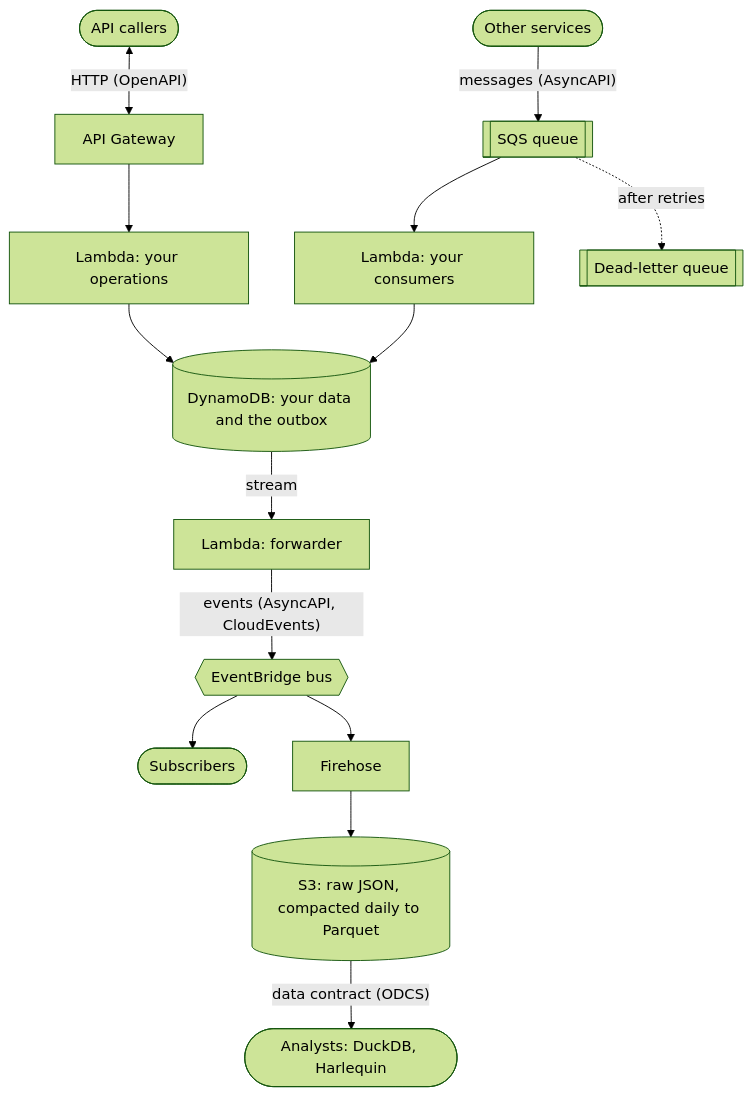
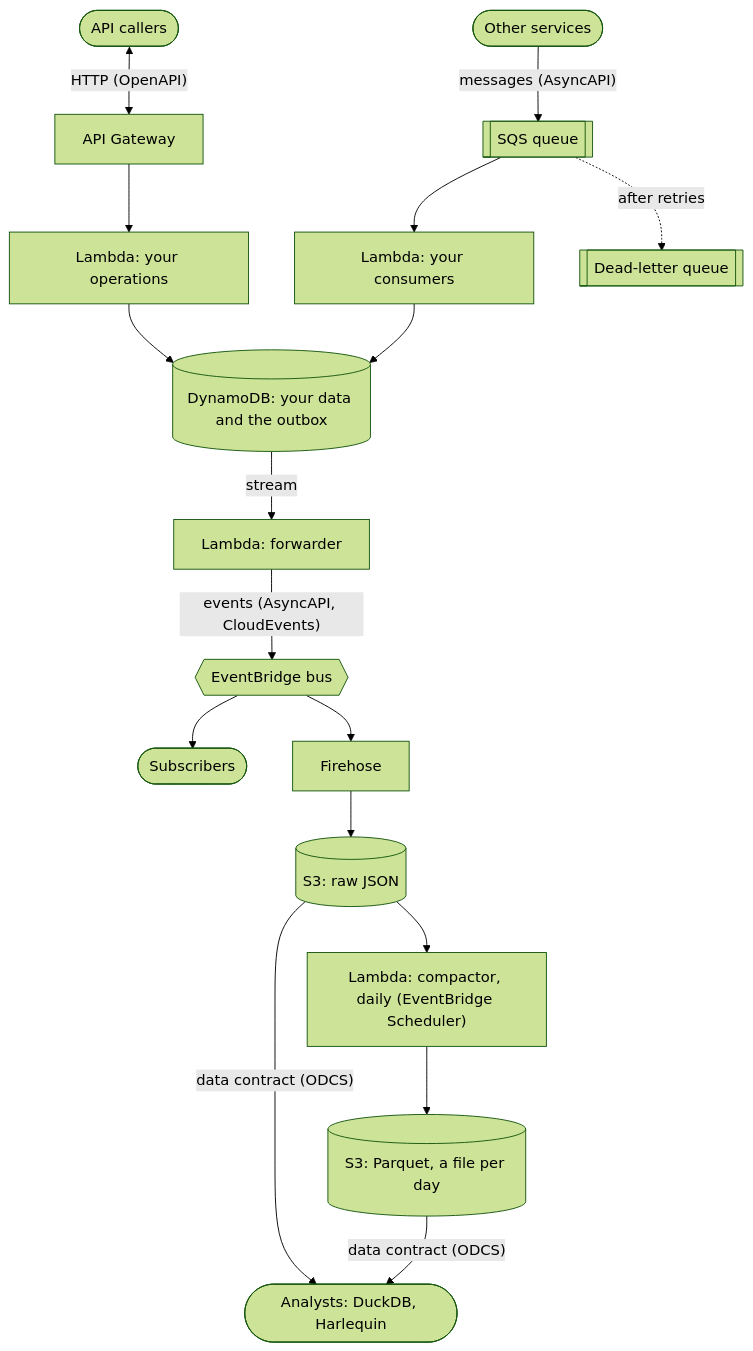
The diagram in README.md (hungovercoders/template-aws-api), drawn with Mermaid (forest theme) before and after one commit. The commit also changed other lines of this file and 2 other files, not shown here.

First line of the commit message:
docs: the README shows the daily Parquet compaction - diagram, recording and the task ci screenshot

````diff
--- a/README.md
+++ b/README.md
@@ -68,15 +68,16 @@
 ```mermaid
 flowchart TB
   caller(["API callers"]) <-->|"HTTP (OpenAPI)"| gateway["API Gateway"]
   sender(["Other services"]) -->|"messages (AsyncAPI)"| queue[["SQS queue"]]
   gateway --> api["Lambda: your operations"]
   queue --> consumer["Lambda: your consumers"]
   queue -.->|"after retries"| dlq[["Dead-letter queue"]]
   api --> table[("DynamoDB: your data and the outbox")]
   consumer --> table
   table -->|"stream"| forwarder["Lambda: forwarder"]
   forwarder -->|"events (AsyncAPI, CloudEvents)"| bus{{"EventBridge bus"}}
   bus --> subscriber(["Subscribers"])
-  bus --> firehose["Firehose"] --> bucket[("S3: raw JSON, compacted daily to Parquet")]
-  bucket -->|"data contract (ODCS)"| analyst(["Analysts: DuckDB, Harlequin"])
+  bus --> firehose["Firehose"] --> raw[("S3: raw JSON")]
+  raw --> compactor["Lambda: compactor, daily (EventBridge Scheduler)"] --> parquet[("S3: Parquet, a file per day")]
+  raw & parquet -->|"data contract (ODCS)"| analyst(["Analysts: DuckDB, Harlequin"])
 ```
````
